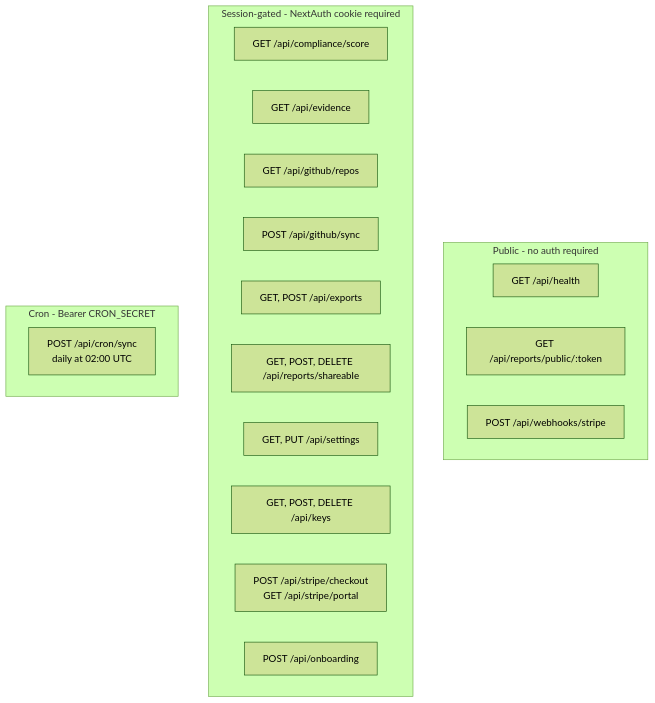
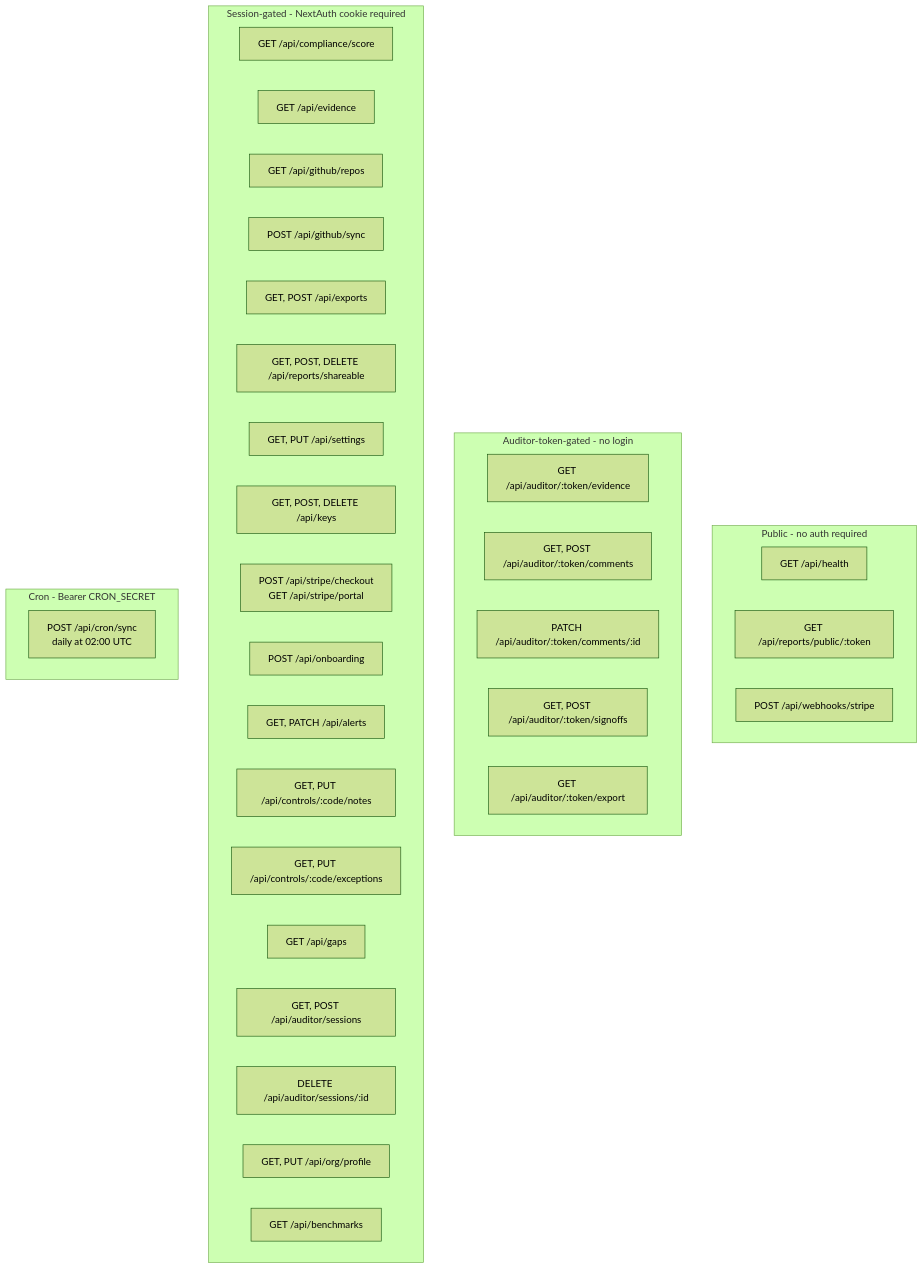
One commit to JohnJohnW/audittrail-dev changed diagram 15 of 16 in README.md. Above: the diagram before and after it, drawn with Mermaid (forest theme). The commit also changed other lines of this file, not shown here.

````diff
--- a/README.md
+++ b/README.md
@@ -539,25 +806,41 @@
 ```mermaid
 graph TB
     subgraph Public ["Public - no auth required"]
         P1["GET /api/health"]
         P2["GET /api/reports/public/:token"]
         P3["POST /api/webhooks/stripe"]
+    end
+
+    subgraph AuditorRoutes ["Auditor-token-gated - no login"]
+        AU1["GET /api/auditor/:token/evidence"]
+        AU2["GET, POST /api/auditor/:token/comments"]
+        AU3["PATCH /api/auditor/:token/comments/:id"]
+        AU4["GET, POST /api/auditor/:token/signoffs"]
+        AU5["GET /api/auditor/:token/export"]
     end
 
     subgraph Auth ["Session-gated - NextAuth cookie required"]
         A1["GET /api/compliance/score"]
         A2["GET /api/evidence"]
         A3["GET /api/github/repos"]
         A4["POST /api/github/sync"]
         A5["GET, POST /api/exports"]
         A6["GET, POST, DELETE /api/reports/shareable"]
         A7["GET, PUT /api/settings"]
         A8["GET, POST, DELETE /api/keys"]
         A9["POST /api/stripe/checkout\nGET /api/stripe/portal"]
         A10["POST /api/onboarding"]
+        A11["GET, PATCH /api/alerts"]
+        A12["GET, PUT /api/controls/:code/notes"]
+        A13["GET, PUT /api/controls/:code/exceptions"]
+        A14["GET /api/gaps"]
+        A15["GET, POST /api/auditor/sessions"]
+        A16["DELETE /api/auditor/sessions/:id"]
+        A17["GET, PUT /api/org/profile"]
+        A18["GET /api/benchmarks"]
     end
 
     subgraph Cron ["Cron - Bearer CRON_SECRET"]
         C1["POST /api/cron/sync\ndaily at 02:00 UTC"]
     end
 ```
````
